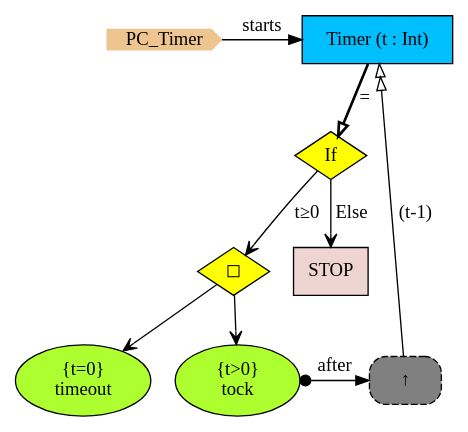
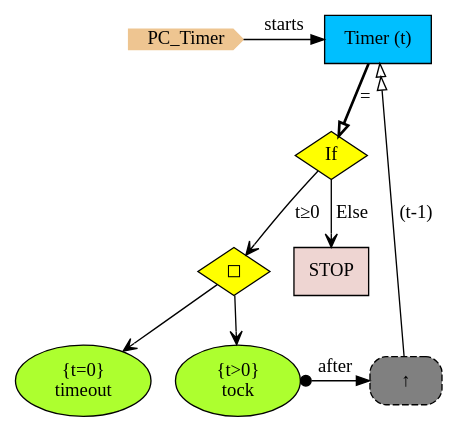
Before and after one commit to namalio/Fragmenta: the diagram in Haskell/PCs/Examples/img/PC_Timer.gv, drawn with Graphviz. The commit also changed 55 other files, not shown here.

```diff
--- a/Haskell/PCs/Examples/img/PC_Timer.gv
+++ b/Haskell/PCs/Examples/img/PC_Timer.gv
@@ -1,25 +1,25 @@
 digraph {
 
 StartN_ [shape = cds,color=burlywood2,style=filled,height=.2,width=.2, label =PC_Timer];
-Timer [shape=box,fillcolor=deepskyblue,style = filled,label="Timer (t : Int)"];
+Timer [shape=box,fillcolor=deepskyblue,style = filled,label="Timer (t)"];
 OpIfChoice [shape=diamond,fillcolor=yellow,style=filled,label="◻︎"];
 timeout [shape=ellipse,fillcolor=greenyellow,style=filled,label=" {t=0}
 timeout"];
 RefTimer [shape=rectangle,fillcolor=gray,style="rounded,filled,dashed",label="↑ "];
 tock [shape=ellipse,fillcolor=greenyellow,style=filled,label=" {t>0}
 tock"];
 STOP [shape=box,fillcolor=mistyrose2,style = filled,label="STOP"];
 OpTimer [shape=diamond,fillcolor=yellow,style=filled,label="If"];
 
 {rank=same;RefTimer,tock}
 {rank=same;Timer,StartN_}
 
 RefTimer->Timer[arrowhead="normalnormal",fillcolor=white,label=" (t-1)"];
 OpIfChoice->tock[arrowhead="open"];
 OpTimer->STOP[arrowhead="open",label="Else"];
 OpTimer->OpIfChoice[arrowhead="open",label="t≥0"];
 OpIfChoice->timeout[arrowhead="open"];
 tock->RefTimer[arrowtail=dot,dir=both,label="after"];
 Timer->OpTimer[arrowhead="onormal",penwidth=2,label="="];
 StartN_->Timer[label="starts"];
 }
```
